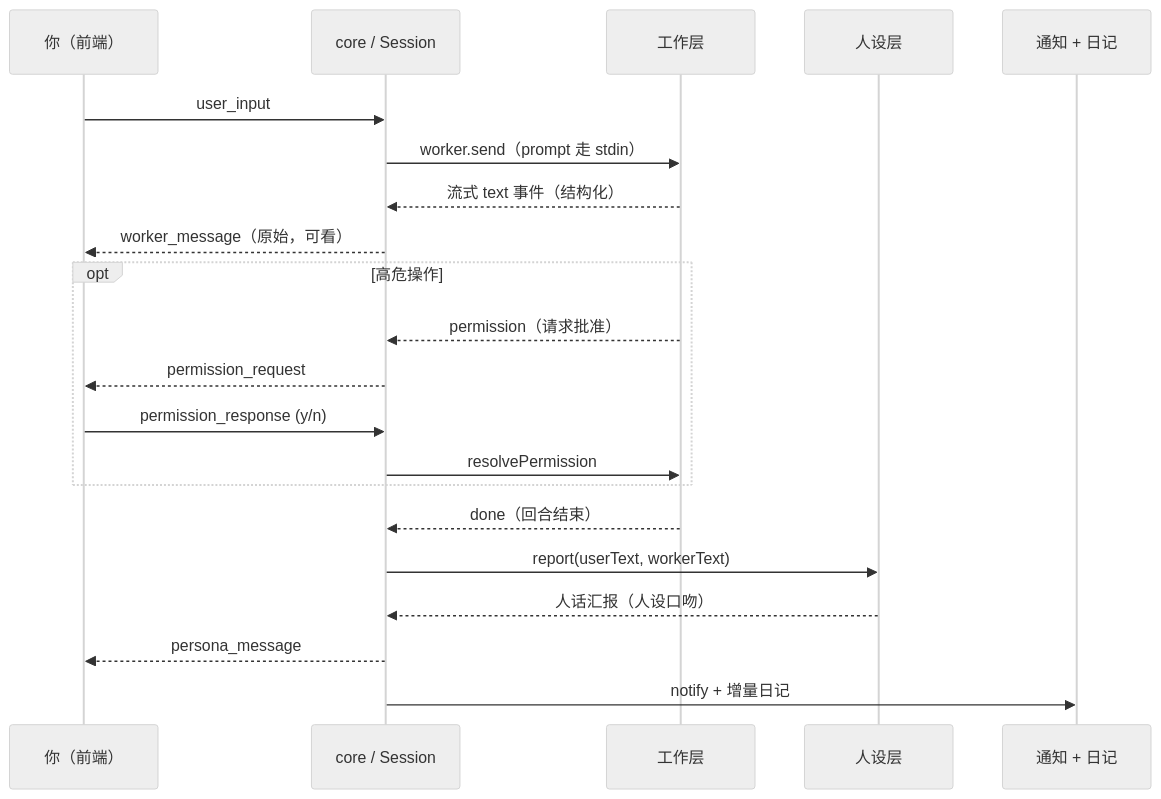
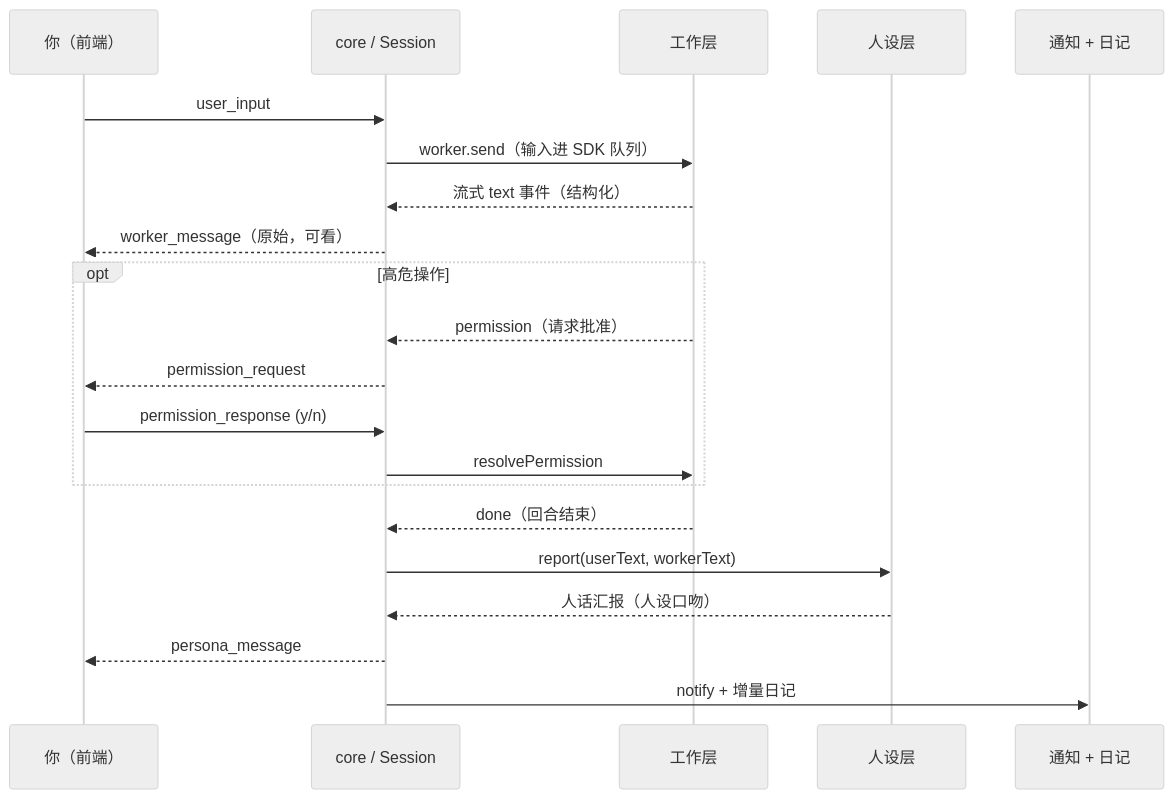
One commit to tobenot/majordomo changed the second of 2 diagrams in docs/architecture.md. Above: the diagram before and after it, drawn with Mermaid (neutral theme). The commit also changed other lines of this file and 12 other files, not shown here.

````diff
--- a/docs/architecture.md
+++ b/docs/architecture.md
@@ -71,24 +71,24 @@
 ```mermaid
 sequenceDiagram
   participant U as 你（前端）
   participant C as core / Session
   participant W as 工作层
   participant P as 人设层
   participant N as 通知 + 日记
 
   U->>C: user_input
-  C->>W: worker.send（prompt 走 stdin）
+  C->>W: worker.send（输入进 SDK 队列）
   W-->>C: 流式 text 事件（结构化）
   C-->>U: worker_message（原始，可看）
   opt 高危操作
     W-->>C: permission（请求批准）
     C-->>U: permission_request
     U->>C: permission_response (y/n)
     C->>W: resolvePermission
   end
   W-->>C: done（回合结束）
   C->>P: report(userText, workerText)
   P-->>C: 人话汇报（人设口吻）
   C-->>U: persona_message
   C->>N: notify + 增量日记
 ```
````
